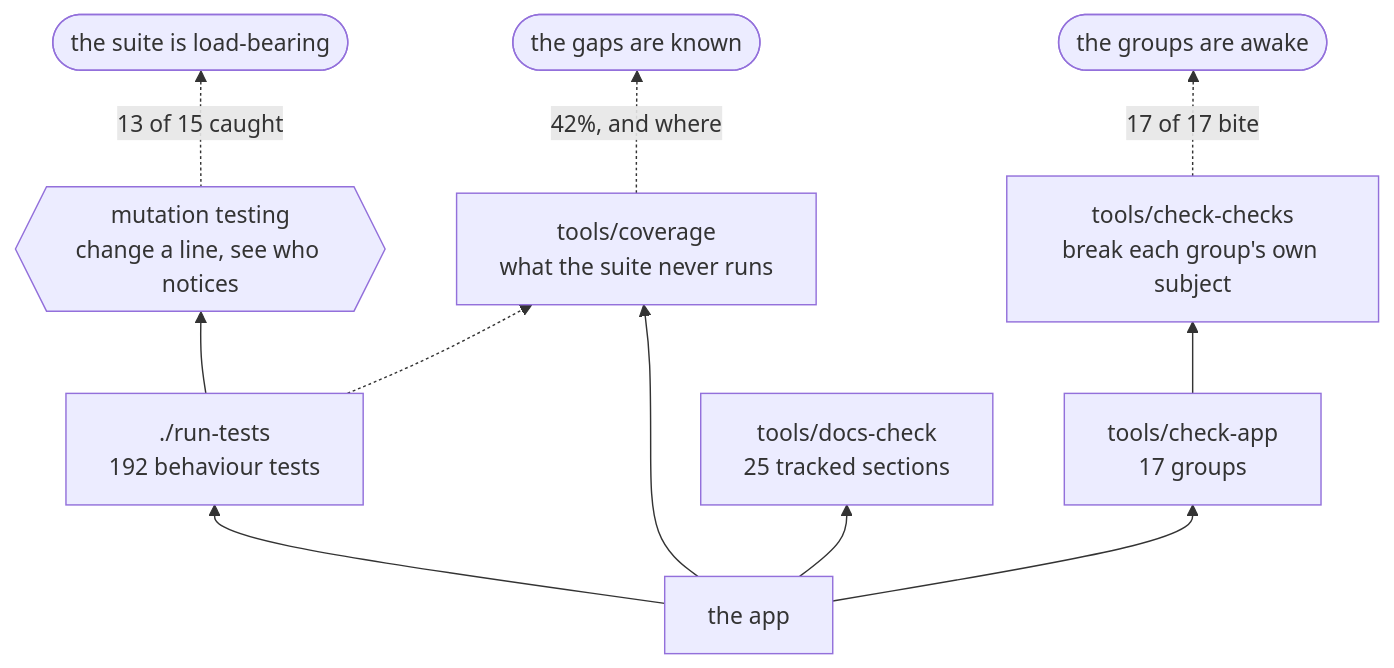
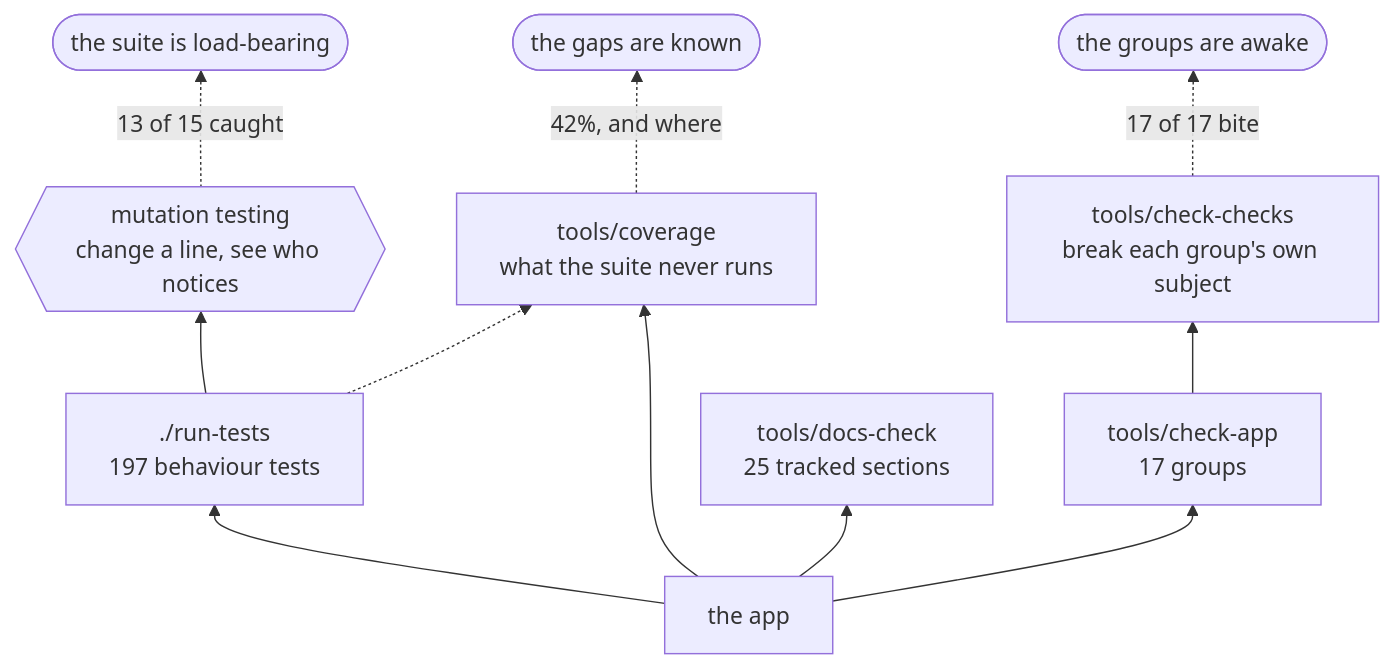
One commit to minormending/crystal-pilot-mobile changed the second of 2 diagrams in docs/DEVELOPING.md. Above: the diagram before and after it, drawn with Mermaid. The commit also changed 1 other file, not shown here.

````diff
--- a/docs/DEVELOPING.md
+++ b/docs/DEVELOPING.md
@@ -118,13 +118,13 @@
 ```mermaid
 flowchart BT
-    C["the app"] --> T["./run-tests<br/>192 behaviour tests"]
+    C["the app"] --> T["./run-tests<br/>197 behaviour tests"]
     C --> A["tools/check-app<br/>17 groups"]
     C --> D["tools/docs-check<br/>25 tracked sections"]
     C --> V["tools/coverage<br/>what the suite never runs"]
     T --> M{{"mutation testing<br/>change a line, see who notices"}}
     A --> K["tools/check-checks<br/>break each group's own subject"]
     T -.-> V
     M -.->|"13 of 15 caught"| R(["the suite is load-bearing"])
     K -.->|"17 of 17 bite"| R2(["the groups are awake"])
     V -.->|"42%, and where"| R3(["the gaps are known"])
 ```
````
